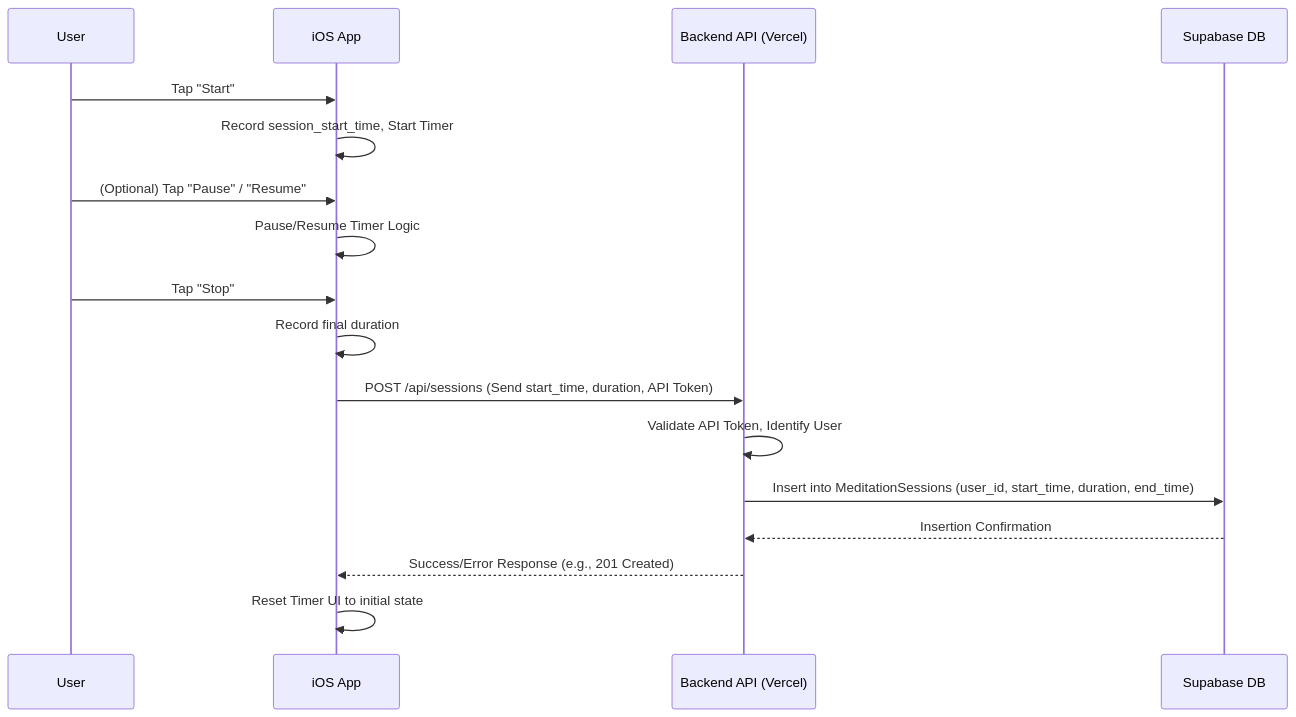
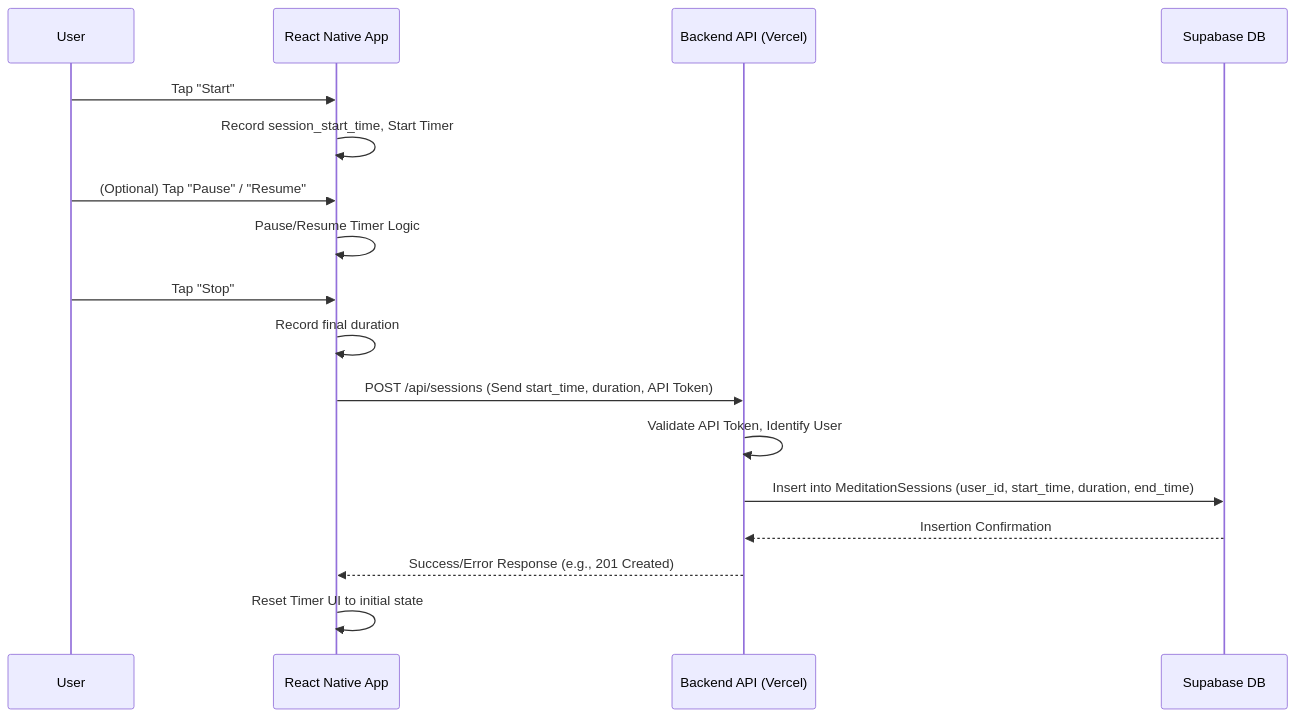
Before and after one commit to taimurmshah/personal-metrics: the second of 2 diagrams in docs/technical_architecture.md, drawn with Mermaid. The commit also changed other lines of this file and 86 other files, not shown here.

````diff
--- a/docs/technical_architecture.md
+++ b/docs/technical_architecture.md
@@ -61,20 +61,20 @@
 ```mermaid
 sequenceDiagram
     participant User
-    participant iOS App
+    participant React Native App
     participant Backend API (Vercel)
     participant Supabase DB
 
-    User->>iOS App: Tap "Start"
-    iOS App->>iOS App: Record session_start_time, Start Timer
-    User->>iOS App: (Optional) Tap "Pause" / "Resume"
-    iOS App->>iOS App: Pause/Resume Timer Logic
-    User->>iOS App: Tap "Stop"
-    iOS App->>iOS App: Record final duration
-    iOS App->>Backend API (Vercel): POST /api/sessions (Send start_time, duration, API Token)
+    User->>React Native App: Tap "Start"
+    React Native App->>React Native App: Record session_start_time, Start Timer
+    User->>React Native App: (Optional) Tap "Pause" / "Resume"
+    React Native App->>React Native App: Pause/Resume Timer Logic
+    User->>React Native App: Tap "Stop"
+    React Native App->>React Native App: Record final duration
+    React Native App->>Backend API (Vercel): POST /api/sessions (Send start_time, duration, API Token)
     Backend API (Vercel)->>Backend API (Vercel): Validate API Token, Identify User
     Backend API (Vercel)->>Supabase DB: Insert into MeditationSessions (user_id, start_time, duration, end_time)
     Supabase DB-->>Backend API (Vercel): Insertion Confirmation
-    Backend API (Vercel)-->>iOS App: Success/Error Response (e.g., 201 Created)
-    iOS App->>iOS App: Reset Timer UI to initial state
+    Backend API (Vercel)-->>React Native App: Success/Error Response (e.g., 201 Created)
+    React Native App->>React Native App: Reset Timer UI to initial state
 ```
````
